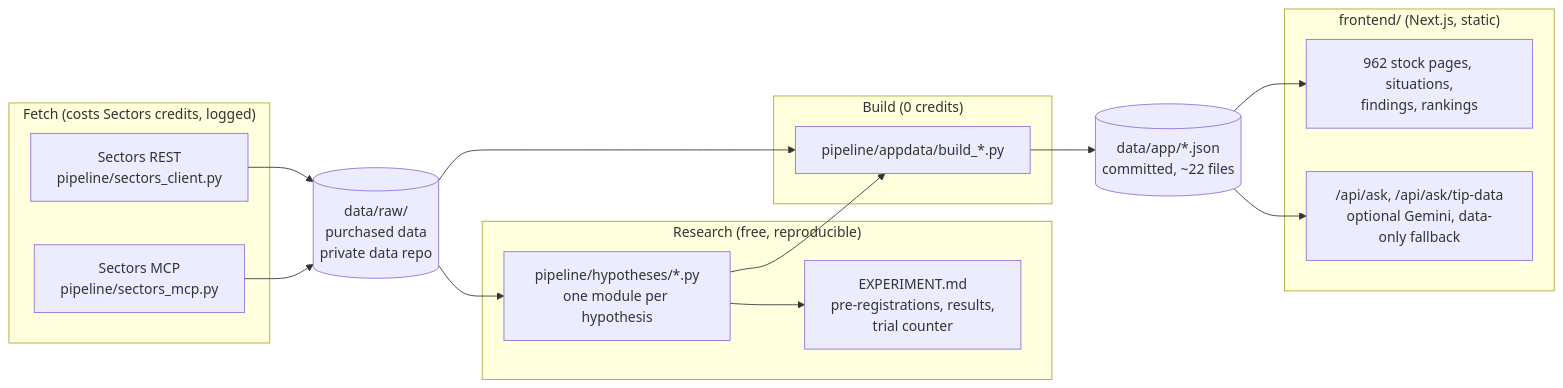
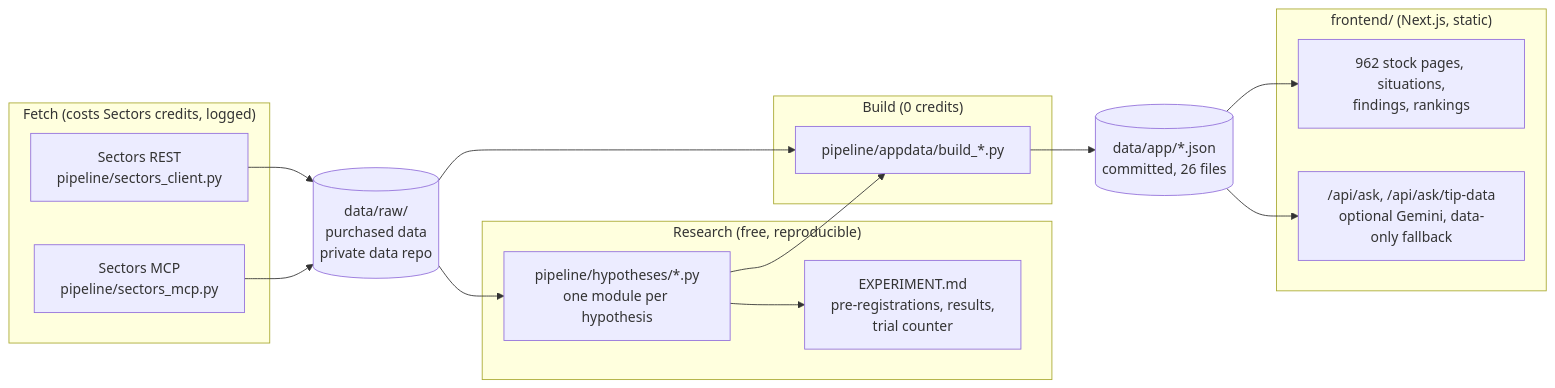
The diagram in docs/ARCHITECTURE.md (dreadf/argusidx), drawn with Mermaid before and after one commit. The commit also changed other lines of this file and 2 other files, not shown here.

````diff
--- a/docs/ARCHITECTURE.md
+++ b/docs/ARCHITECTURE.md
@@ -6,27 +6,27 @@
 ```mermaid
 flowchart LR
   subgraph Fetch["Fetch (costs Sectors credits, logged)"]
     REST["Sectors REST<br/>pipeline/sectors_client.py"]
     MCP["Sectors MCP<br/>pipeline/sectors_mcp.py"]
   end
   RAW[("data/raw/<br/>purchased data<br/>private data repo")]
   subgraph Research["Research (free, reproducible)"]
     HYP["pipeline/hypotheses/*.py<br/>one module per hypothesis"]
     LOG["EXPERIMENT.md<br/>pre-registrations, results,<br/>trial counter"]
   end
   subgraph Build["Build (0 credits)"]
     APP["pipeline/appdata/build_*.py"]
   end
-  JSON[("data/app/*.json<br/>committed, ~22 files")]
+  JSON[("data/app/*.json<br/>committed, 26 files")]
   subgraph Web["frontend/ (Next.js, static)"]
     PAGES["962 stock pages, situations,<br/>findings, rankings"]
     ASK["/api/ask, /api/ask/tip-data<br/>optional Gemini, data-only fallback"]
   end
   REST --> RAW
   MCP --> RAW
   RAW --> HYP --> LOG
   RAW --> APP
   HYP --> APP
   APP --> JSON --> PAGES
   JSON --> ASK
 ```
````
